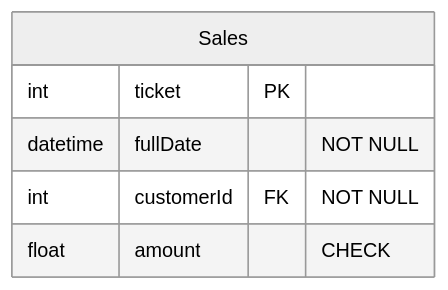
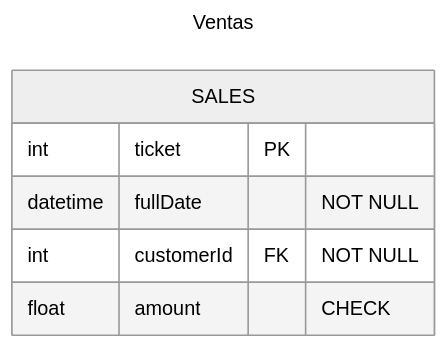
One commit to rosendocamal/homeworks changed diagram 23 of 30 in 4to-Cuatrimestre/fundamentos-base-datos/proyecto/proyecto.md. Above: the diagram before and after it, drawn with Mermaid (neutral theme). The commit also changed other lines of this file and 1 other file, not shown here.

````diff
--- a/4to-Cuatrimestre/fundamentos-base-datos/proyecto/proyecto.md
+++ b/4to-Cuatrimestre/fundamentos-base-datos/proyecto/proyecto.md
@@ -448,9 +460,12 @@
 ```mermaid
+---
+title: Ventas
+---
 erDiagram
-	Sales {
+	SALES {
 		int ticket PK
 		datetime fullDate "NOT NULL"
 		int customerId FK "NOT NULL"
 		float amount "CHECK"
 	}
 ```
````
